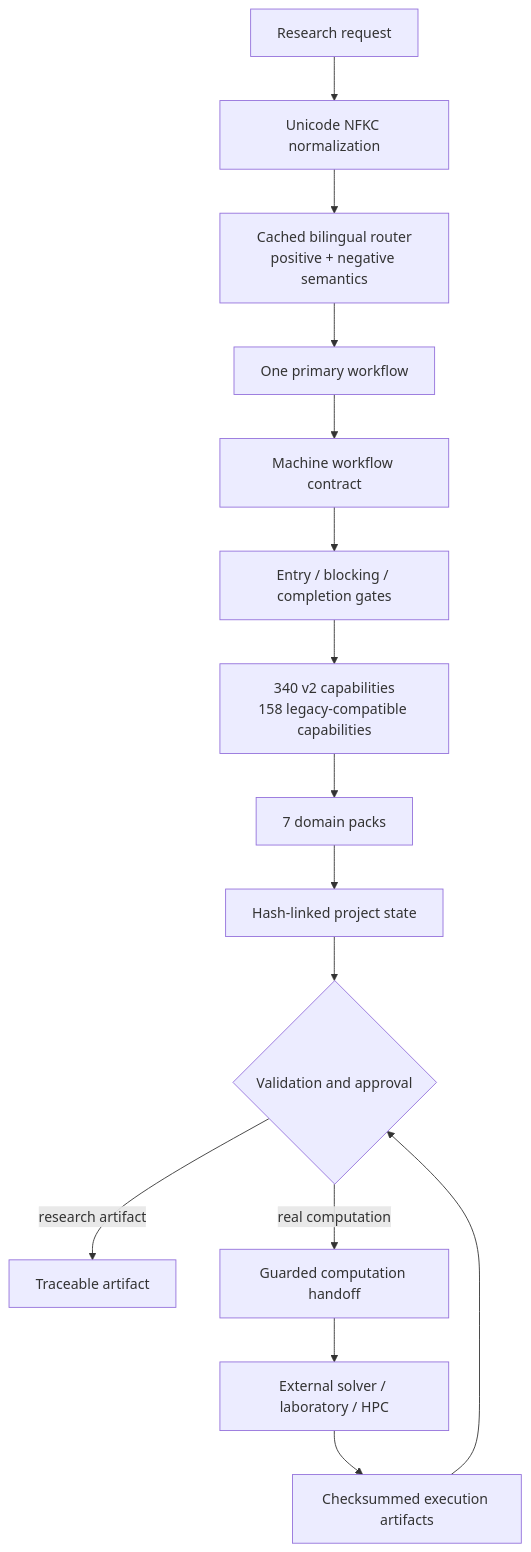
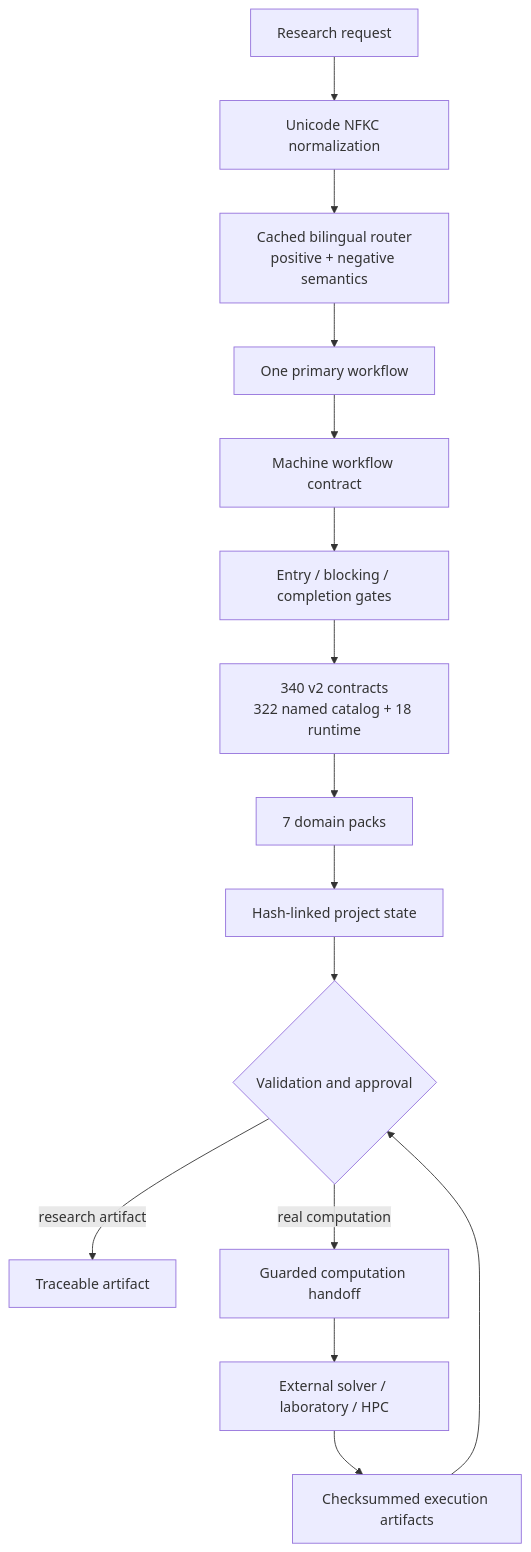
One commit to SUNHAOJUN22/TsaoSciResearcher changed the diagram in docs/ARCHITECTURE.md. Above: the diagram before and after it, drawn with Mermaid. The commit also changed other lines of this file and 64 other files, not shown here.

````diff
--- a/docs/ARCHITECTURE.md
+++ b/docs/ARCHITECTURE.md
@@ -5,19 +5,19 @@
 ```mermaid
 flowchart TD
     U[Research request] --> N[Unicode NFKC normalization]
     N --> R[Cached bilingual router
 positive + negative semantics]
     R --> W[One primary workflow]
     W --> C[Machine workflow contract]
     C --> G[Entry / blocking / completion gates]
-    G --> K[340 v2 capabilities
-158 legacy-compatible capabilities]
+    G --> K[340 v2 contracts
+322 named catalog + 18 runtime]
     K --> D[7 domain packs]
     D --> S[Hash-linked project state]
     S --> V{Validation and approval}
     V -->|research artifact| A[Traceable artifact]
     V -->|real computation| H[Guarded computation handoff]
     H --> E[External solver / laboratory / HPC]
     E --> P[Checksummed execution artifacts]
     P --> V
 ```
````
